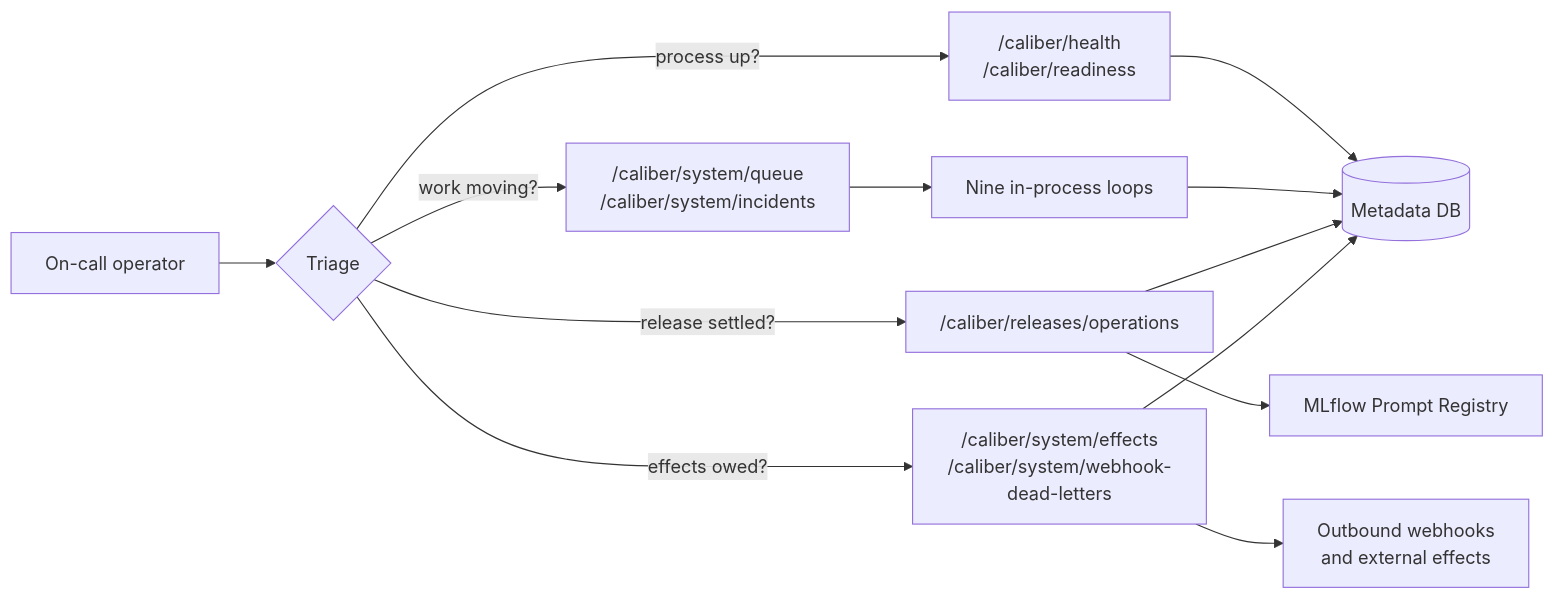
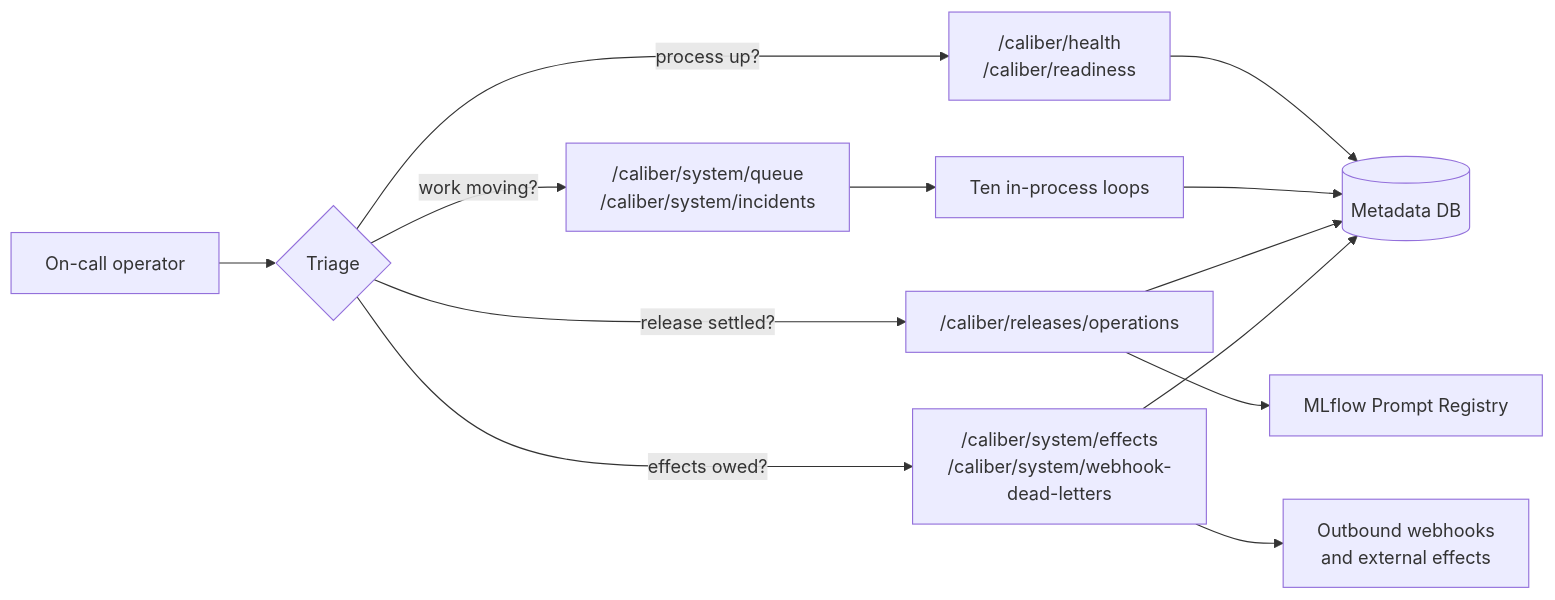
One commit to rrahimi-uci/caliber-suite changed the diagram in caliber/caliber-ui/public/docs/m-19-runbook.md. Above: the diagram before and after it, drawn with Mermaid. The commit also changed other lines of this file and 49 other files, not shown here.

````diff
--- a/caliber/caliber-ui/public/docs/m-19-runbook.md
+++ b/caliber/caliber-ui/public/docs/m-19-runbook.md
@@ -31,18 +31,18 @@
 ```mermaid
 flowchart LR
     OP[On-call operator]:::user --> TRI{Triage}:::ui
 
     TRI -->|process up?| H["/caliber/health\n/caliber/readiness"]:::ctrl
     TRI -->|work moving?| Q["/caliber/system/queue\n/caliber/system/incidents"]:::ctrl
     TRI -->|release settled?| R["/caliber/releases/operations"]:::ctrl
     TRI -->|effects owed?| E["/caliber/system/effects\n/caliber/system/webhook-dead-letters"]:::ctrl
 
     H --> DB[(Metadata DB)]:::store
-    Q --> LOOPS[Nine in-process loops]:::async
+    Q --> LOOPS[Ten in-process loops]:::async
     R --> MLF[MLflow Prompt Registry]:::ext
     E --> EXT[Outbound webhooks\nand external effects]:::ext
 
     LOOPS --> DB
     R --> DB
     E --> DB
 ```
````
